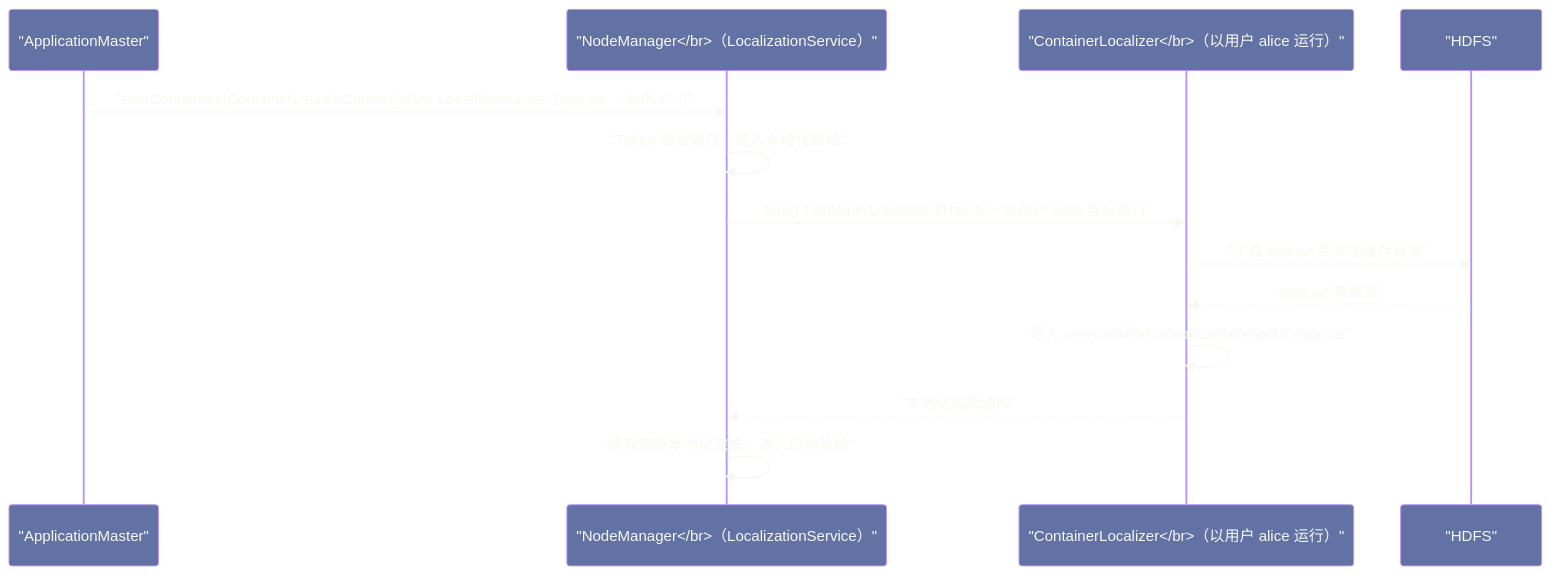
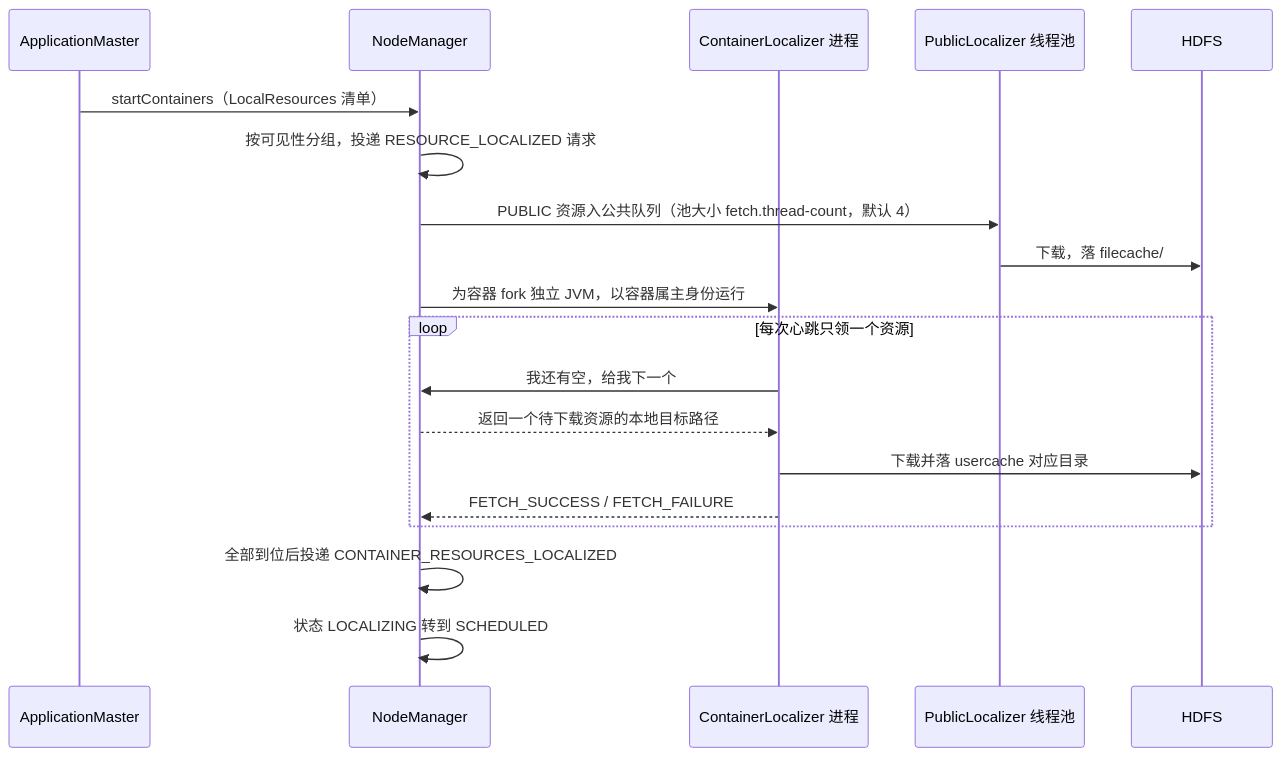
One commit to hpliStartAgain/my-brain changed the second of 5 diagrams in content/大数据/Hadoop/Yarn/04 Container 生命周期——从资源申请到进程启动的完整调用链.md. Above: the diagram before and after it, drawn with Mermaid. The commit also changed other lines of this file and 455 other files, not shown here.

````diff
--- a/content/大数据/Hadoop/Yarn/04 Container 生命周期——从资源申请到进程启动的完整调用链.md
+++ b/content/大数据/Hadoop/Yarn/04 Container 生命周期——从资源申请到进程启动的完整调用链.md
@@ -117,17 +197,23 @@
 ```mermaid
-%%{init: {'theme': 'base', 'themeVariables': {'primaryColor': '#6272a4', 'primaryTextColor': '#f8f8f2', 'primaryBorderColor': '#bd93f9', 'lineColor': '#ff79c6', 'secondaryColor': '#44475a', 'tertiaryColor': '#282a36'}}}%%
+%%{init: {'theme': 'dracula'}}%%
 sequenceDiagram
-    participant AM as "ApplicationMaster"
-    participant NM as "NodeManager</br>（LocalizationService）"
-    participant CL as "ContainerLocalizer</br>（以用户 alice 运行）"
-    participant HDFS as "HDFS"
+    participant AM as ApplicationMaster
+    participant NM as NodeManager
+    participant CL as ContainerLocalizer 进程
+    participant PL as PublicLocalizer 线程池
+    participant HDFS as HDFS
 
-    AM->>NM: "startContainers(ContainerLaunchContext)</br>   LocalResources: {app.jar → hdfs://...}"
-    NM->>NM: "Token 验证通过，进入本地化阶段"
-    NM->>CL: "fork() ContainerLocalizer 进程</br>  以用户 alice 身份运行"
-    CL->>HDFS: "下载 app.jar 到本地缓存目录"
-    HDFS-->>CL: "app.jar 数据流"
-    CL->>CL: "写入 usercache/alice/appcache/<appId>/app.jar"
-    CL-->>NM: "本地化完成通知"
-    NM->>NM: "所有资源本地化完成，进入启动阶段"
+    AM->>NM: startContainers（LocalResources 清单）
+    NM->>NM: 按可见性分组，投递 RESOURCE_LOCALIZED 请求
+    NM->>PL: PUBLIC 资源入公共队列（池大小 fetch.thread-count，默认 4）
+    PL->>HDFS: 下载，落 filecache/
+    NM->>CL: 为容器 fork 独立 JVM，以容器属主身份运行
+    loop 每次心跳只领一个资源
+        CL->>NM: 我还有空，给我下一个
+        NM-->>CL: 返回一个待下载资源的本地目标路径
+        CL->>HDFS: 下载并落 usercache 对应目录
+        CL-->>NM: FETCH_SUCCESS / FETCH_FAILURE
+    end
+    NM->>NM: 全部到位后投递 CONTAINER_RESOURCES_LOCALIZED
+    NM->>NM: 状态 LOCALIZING 转到 SCHEDULED
 ```
````
